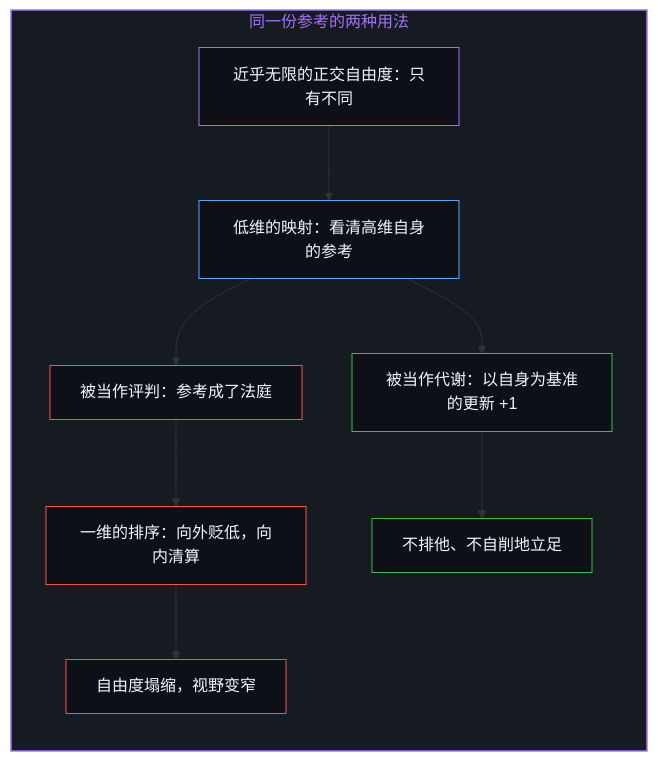
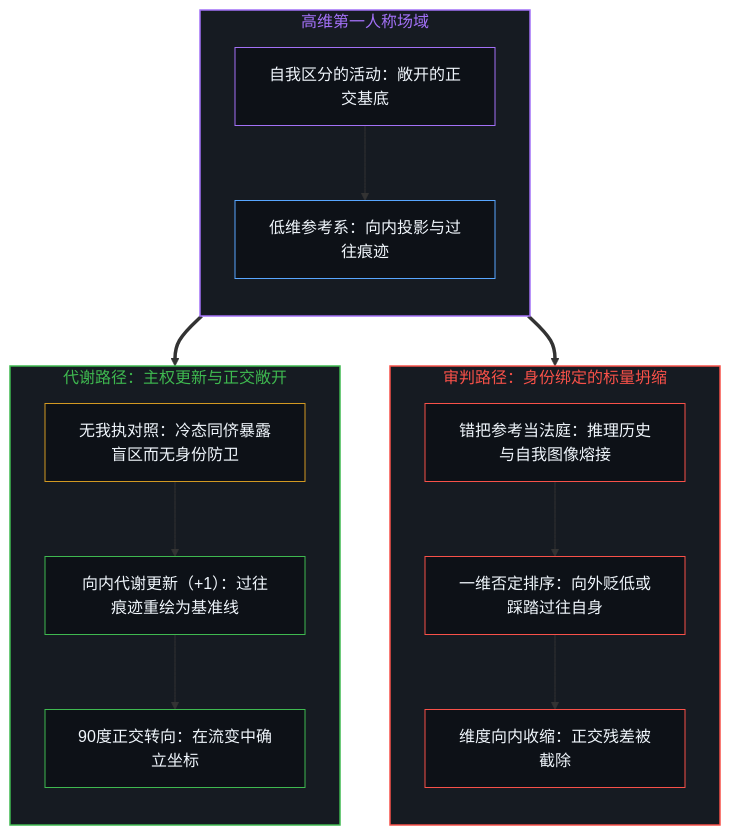
The first of 2 diagrams in content/posts/coordinates-in-flux-negation-and-self-anchoring.md (powerpig99/not-a-toe), drawn with Mermaid before and after one commit. The commit also changed other lines of this file and 1 other file, not shown here.

````diff
--- a/content/posts/coordinates-in-flux-negation-and-self-anchoring.md
+++ b/content/posts/coordinates-in-flux-negation-and-self-anchoring.md
@@ -53,28 +49,40 @@
 ```mermaid
 flowchart TD
-    subgraph S_Collapse["同一份参考的两种用法"]
+    subgraph S_Ground["高维第一人称场域"]
         direction TB
-        Base["近乎无限的正交自由度：只有不同"]
-        Map["低维的映射：看清高维自身的参考"]
-        Court["被当作评判：参考成了法庭"]
-        Rank["一维的排序：向外贬低，向内清算"]
-        Fold["自由度塌缩，视野变窄"]
-        Metabolize["被当作代谢：以自身为基准的更新 +1"]
-        Stand["不排他、不自削地立足"]
-        Base --> Map
-        Map --> Court
-        Court --> Rank
-        Rank --> Fold
-        Map --> Metabolize
-        Metabolize --> Stand
+        Prior["自我区分的活动：敞开的正交基底"]
+        Proj["低维参考系：向内投影与过往痕迹"]
+        Prior --> Proj
     end
 
-    style S_Collapse fill:#161b22,stroke:#a371f7,stroke-width:1.5px,color:#a371f7
-    style Base fill:#0d1117,stroke:#a371f7,stroke-width:1px,color:#f0f6fc
-    style Map fill:#0d1117,stroke:#58a6ff,stroke-width:1px,color:#f0f6fc
-    style Court fill:#0d1117,stroke:#f85149,stroke-width:1px,color:#f0f6fc
+    subgraph S_Tribunal["审判路径：身份绑定的标量坍缩"]
+        direction TB
+        Verdict["错把参考当法庭：推理历史与自我图像熔接"]
+        Rank["一维否定排序：向外贬低或踩踏过往自身"]
+        Shrink["维度向内收缩：正交残差被截除"]
+        Verdict --> Rank --> Shrink
+    end
+
+    subgraph S_Metabolic["代谢路径：主权更新与正交敞开"]
+        direction TB
+        AgentDiff["无我执对照：冷态同侪暴露盲区而无身份防卫"]
+        Step["向内代谢更新（+1）：过往痕迹重绘为基准线"]
+        Pivot["90度正交转向：在流变中确立坐标"]
+        AgentDiff --> Step --> Pivot
+    end
+
+    Proj ==> Verdict
+    Proj ==> AgentDiff
+
+    style S_Ground fill:#161b22,stroke:#a371f7,stroke-width:1.5px,color:#a371f7
+    style S_Tribunal fill:#161b22,stroke:#f85149,stroke-width:1.5px,color:#f85149
+    style S_Metabolic fill:#161b22,stroke:#3fb950,stroke-width:1.5px,color:#3fb950
+    style Prior fill:#0d1117,stroke:#a371f7,stroke-width:1px,color:#f0f6fc
+    style Proj fill:#0d1117,stroke:#58a6ff,stroke-width:1px,color:#f0f6fc
+    style Verdict fill:#0d1117,stroke:#f85149,stroke-width:1px,color:#f0f6fc
     style Rank fill:#0d1117,stroke:#f85149,stroke-width:1px,color:#f0f6fc
-    style Fold fill:#0d1117,stroke:#f85149,stroke-width:1px,color:#f0f6fc
-    style Metabolize fill:#0d1117,stroke:#3fb950,stroke-width:1px,color:#f0f6fc
-    style Stand fill:#0d1117,stroke:#3fb950,stroke-width:1px,color:#f0f6fc
+    style Shrink fill:#0d1117,stroke:#f85149,stroke-width:1px,color:#f0f6fc
+    style AgentDiff fill:#0d1117,stroke:#d29922,stroke-width:1px,color:#f0f6fc
+    style Step fill:#0d1117,stroke:#3fb950,stroke-width:1px,color:#f0f6fc
+    style Pivot fill:#0d1117,stroke:#3fb950,stroke-width:1px,color:#f0f6fc
 ```
````
